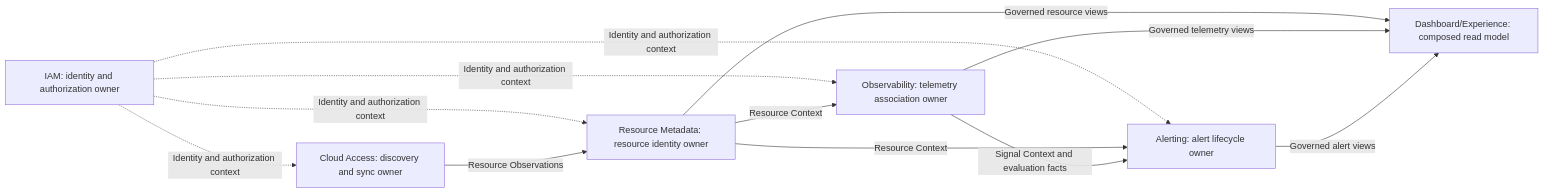
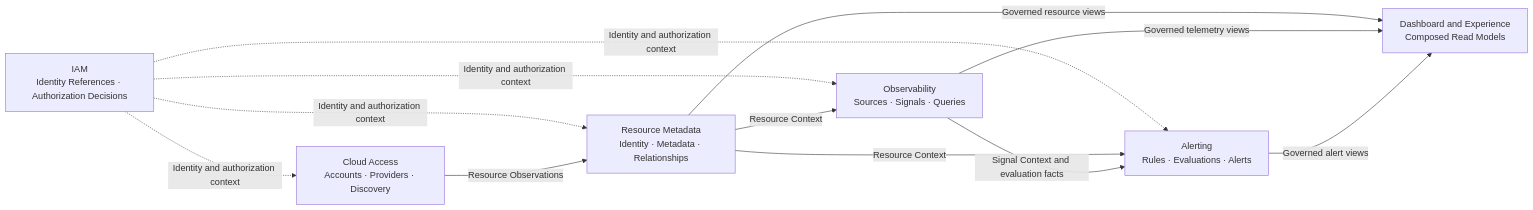
Before and after one commit to Sakuya1998/cop-architecture: the diagram in docs/domains/domain-landscape.md, drawn with Mermaid. The commit also changed other lines of this file, not shown here.

````diff
--- a/docs/domains/domain-landscape.md
+++ b/docs/domains/domain-landscape.md
@@ -87,20 +90,20 @@
 ```mermaid
 flowchart LR
-  IAM[IAM: identity and authorization owner]
-  ACCESS[Cloud Access: discovery and sync owner]
-  RESOURCE[Resource Metadata: resource identity owner]
-  OBS[Observability: telemetry association owner]
-  ALERT[Alerting: alert lifecycle owner]
-  EXPERIENCE[Dashboard/Experience: composed read model]
+  IAM["IAM<br/>Identity References · Authorization Decisions"]
+  ACCESS["Cloud Access<br/>Accounts · Providers · Discovery"]
+  RESOURCE["Resource Metadata<br/>Identity · Metadata · Relationships"]
+  OBS["Observability<br/>Sources · Signals · Queries"]
+  ALERT["Alerting<br/>Rules · Evaluations · Alerts"]
+  EXPERIENCE["Dashboard and Experience<br/>Composed Read Models"]
   IAM -.->|"Identity and authorization context"| ACCESS
   IAM -.->|"Identity and authorization context"| RESOURCE
   IAM -.->|"Identity and authorization context"| OBS
   IAM -.->|"Identity and authorization context"| ALERT
   ACCESS -->|"Resource Observations"| RESOURCE
   RESOURCE -->|"Resource Context"| OBS
   RESOURCE -->|"Resource Context"| ALERT
   OBS -->|"Signal Context and evaluation facts"| ALERT
   RESOURCE -->|"Governed resource views"| EXPERIENCE
   OBS -->|"Governed telemetry views"| EXPERIENCE
   ALERT -->|"Governed alert views"| EXPERIENCE
 ```
````
